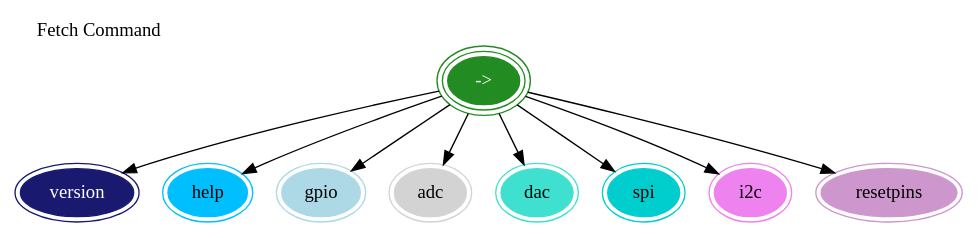
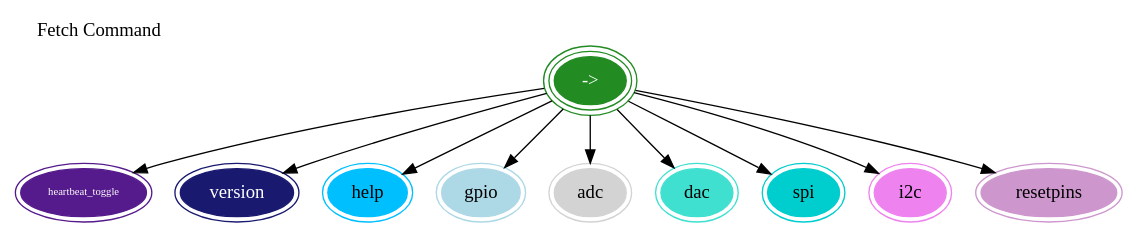
Before and after one commit to marionette-daq/marionette-firmware: the diagram in Doc/fetch_cmd.dot, drawn with Graphviz. The commit also changed 1 other file, not shown here.

Commit message:
fetch_cmd diagram update

```diff
--- a/Doc/fetch_cmd.dot
+++ b/Doc/fetch_cmd.dot
@@ -1,24 +1,26 @@
 digraph Fetch {
   graph [fontname="lucidasans-bold-14"];
   node [fontname="lucidasans-bold-14"];
+  "->" -> heartbeat_toggle;
   "->" -> version;
   "->" -> help;
   "->" -> gpio;
   "->" -> adc;
   "->" -> dac;
   "->" -> spi;
   "->" -> i2c;
   "->" -> resetpins;
   "->" [color=forestgreen, fontcolor=white, peripheries=3, style=filled];
   version [color=midnightblue, fontcolor=white, peripheries=2, style=filled];
   help [color=deepskyblue, peripheries=2, style=filled];
   resetpins [color=plum3, peripheries=2, style=filled];
   gpio [color=lightblue, peripheries=2, style=filled];
   adc [color=lightgrey, peripheries=2, style=filled];
   dac [color=turquoise, peripheries=2, style=filled];
   spi [color=cyan3, peripheries=2, style=filled];
   i2c [color=violet, peripheries=2, style=filled];
+  heartbeat_toggle [color=purple4, fontsize=8, fontcolor=white, peripheries=2, style=filled];
   label="Fetch Command";
   labelloc=top;
   labeljust=left;
 }
```
